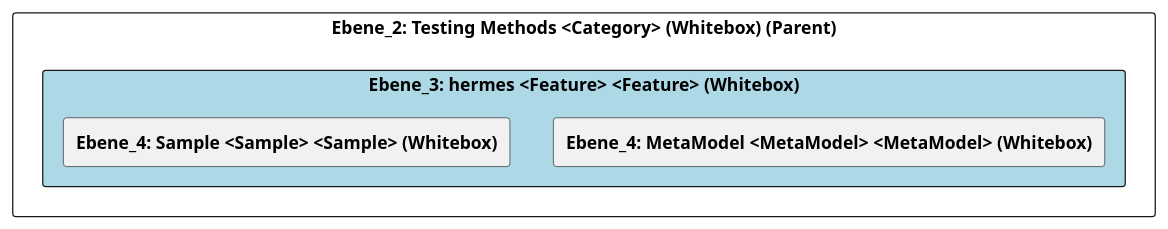
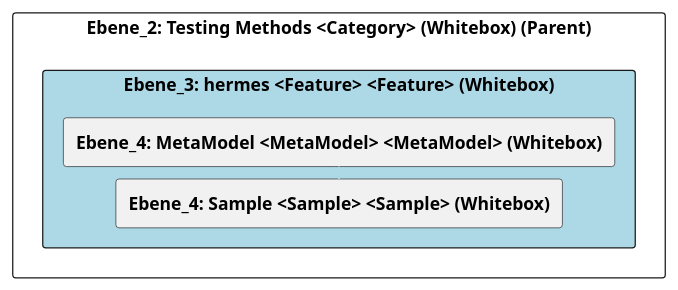
One commit to marcozwyssig/cleon changed the diagram in doc/cleonproject_deliverables_architecture_model_architecture/adoc/de/05_bausteinsicht/cleon/testing_methods/hermes/ebene_3_hermes.adoc. Above: the diagram before and after it, drawn with PlantUML. The commit also changed other lines of this file and 214 other files, not shown here.

```diff
--- a/doc/cleonproject_deliverables_architecture_model_architecture/adoc/de/05_bausteinsicht/cleon/testing_methods/hermes/ebene_3_hermes.adoc
+++ b/doc/cleonproject_deliverables_architecture_model_architecture/adoc/de/05_bausteinsicht/cleon/testing_methods/hermes/ebene_3_hermes.adoc
@@ -20,25 +20,28 @@
 [plantuml, Ebene_3: hermes <Feature> <Feature> (Whitebox)BlockOverview, format="svg"]
 ----
 @startuml Ebene_3: hermes <Feature> <Feature> (Whitebox)BuildingBlockOverview
 
 skinparam ranksep 10
 skinparam componentStyle rectangle
 skinparam shadowing false
 skinparam arrowColor lightblue
 skinparam arrowThickness 1.2
 skinparam rectangle {
   BackgroundColor White
   BorderColor #333
   RoundCorner 10
 }
 top to bottom direction
 
 component "Ebene_2: Testing Methods <Category> (Whitebox) (Parent)" {
     component "Ebene_3: hermes <Feature> <Feature> (Whitebox)" #lightblue {
         [**Ebene_4: MetaModel <MetaModel> <MetaModel> (Whitebox)**] as 4A56DE3F_D579_11EE_903E_9F564E4DE07E
         [**Ebene_4: Sample <Sample> <Sample> (Whitebox)**] as 4A56DE42_D579_11EE_903E_9F564E4DE07E
     }
+
+    4A56DE3F_D579_11EE_903E_9F564E4DE07E -down-> 4A56DE42_D579_11EE_903E_9F564E4DE07E
+    
 }
 
 @enduml
 ----
```
